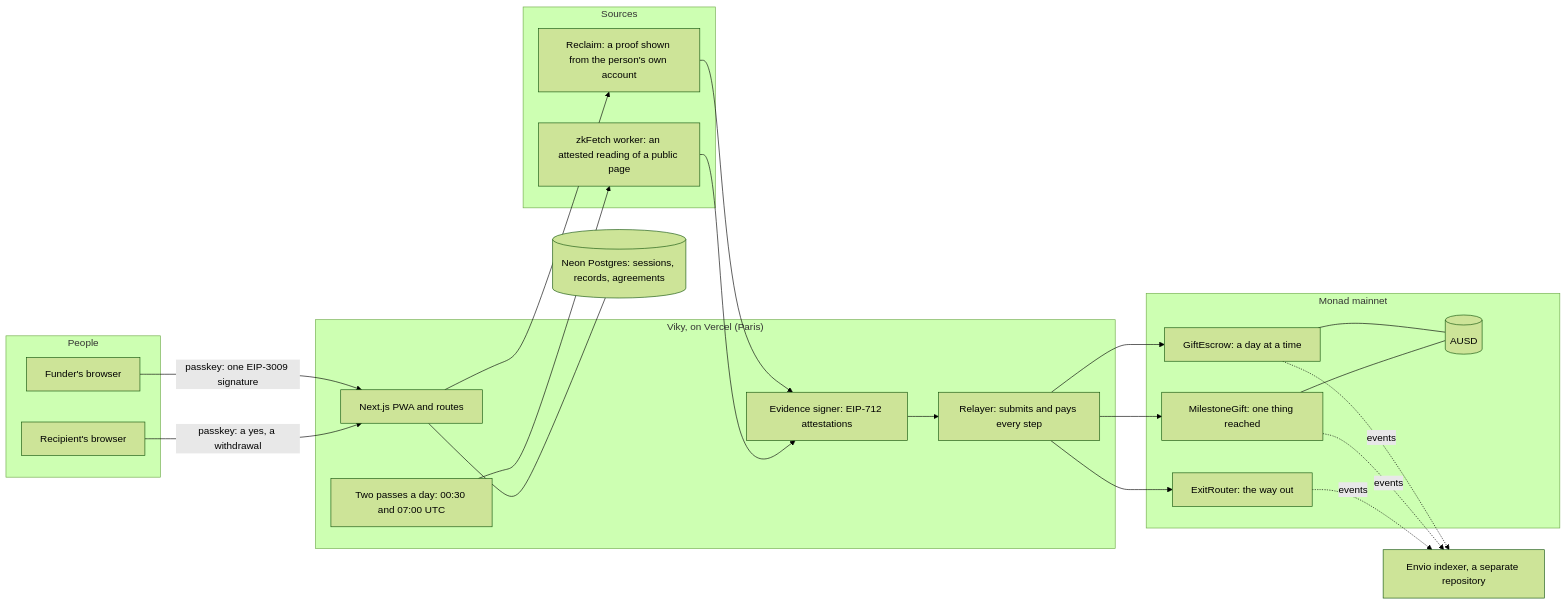
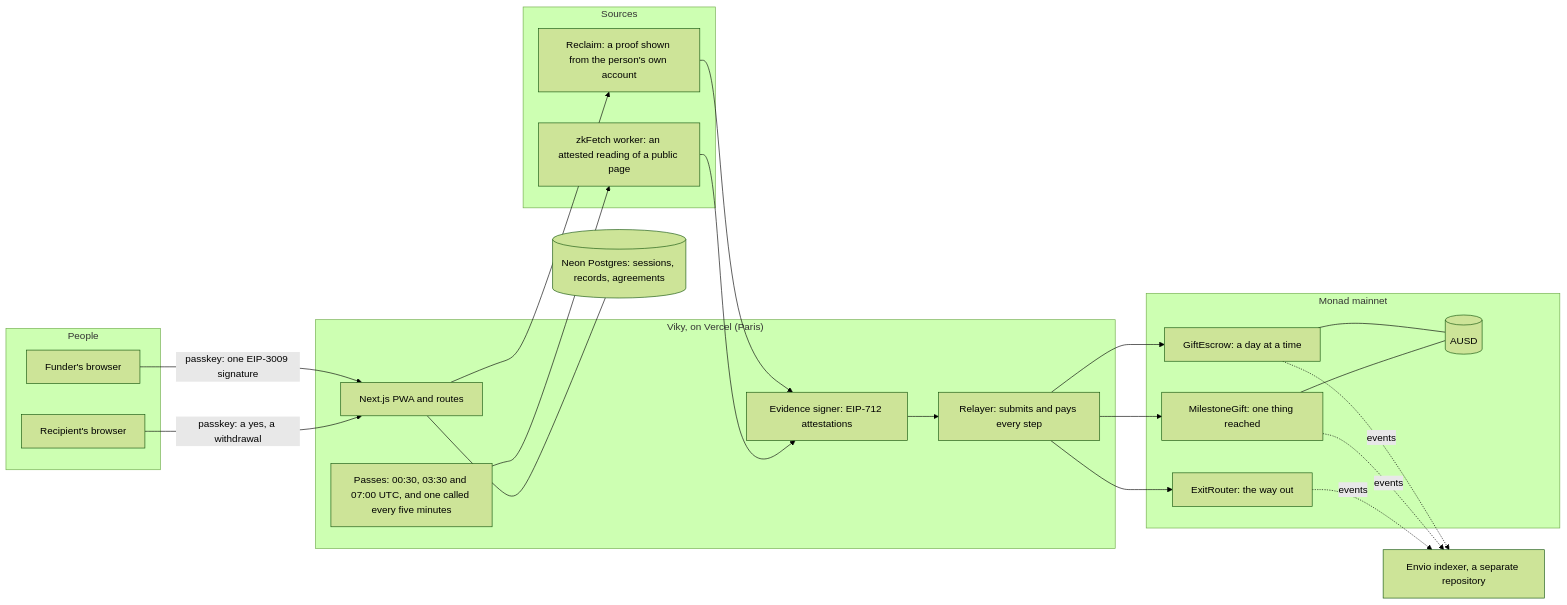
One commit to RedGnad/Viky changed the diagram in README.md. Above: the diagram before and after it, drawn with Mermaid (forest theme). The commit also changed other lines of this file and 16 other files, not shown here.

````diff
--- a/README.md
+++ b/README.md
@@ -203,41 +206,41 @@
 ```mermaid
 flowchart LR
   subgraph People
     F[Funder's browser]
     R[Recipient's browser]
   end
   subgraph Viky["Viky, on Vercel (Paris)"]
     APP[Next.js PWA and routes]
     REL[Relayer: submits and pays every step]
     SIG[Evidence signer: EIP-712 attestations]
-    CRON[Two passes a day: 00:30 and 07:00 UTC]
+    CRON[Passes: 00:30, 03:30 and 07:00 UTC, and one called every five minutes]
   end
   DB[(Neon Postgres: sessions, records, agreements)]
   subgraph Sources
     RCL[Reclaim: a proof shown from the person's own account]
     ZK[zkFetch worker: an attested reading of a public page]
   end
   subgraph Monad["Monad mainnet"]
     GE[GiftEscrow: a day at a time]
     MG[MilestoneGift: one thing reached]
     ER[ExitRouter: the way out]
     AUSD[(AUSD)]
   end
   IDX[Envio indexer, a separate repository]
   F -- "passkey: one EIP-3009 signature" --> APP
   R -- "passkey: a yes, a withdrawal" --> APP
   APP --- DB
   APP --> RCL
   CRON --> ZK
   RCL --> SIG
   ZK --> SIG
   SIG --> REL
   REL --> GE
   REL --> MG
   REL --> ER
   GE --- AUSD
   MG --- AUSD
   GE -. events .-> IDX
   MG -. events .-> IDX
   ER -. events .-> IDX
 ```
````
